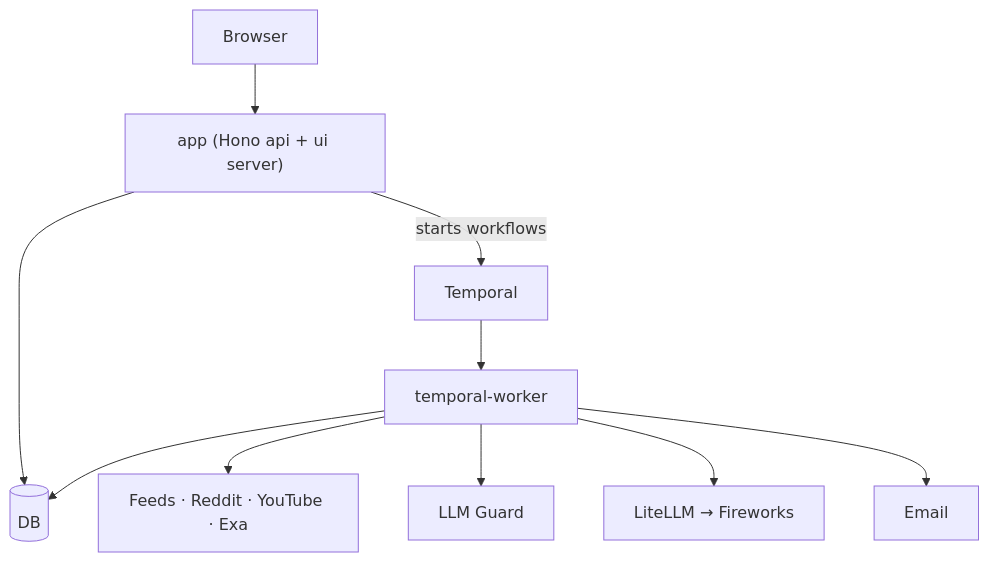
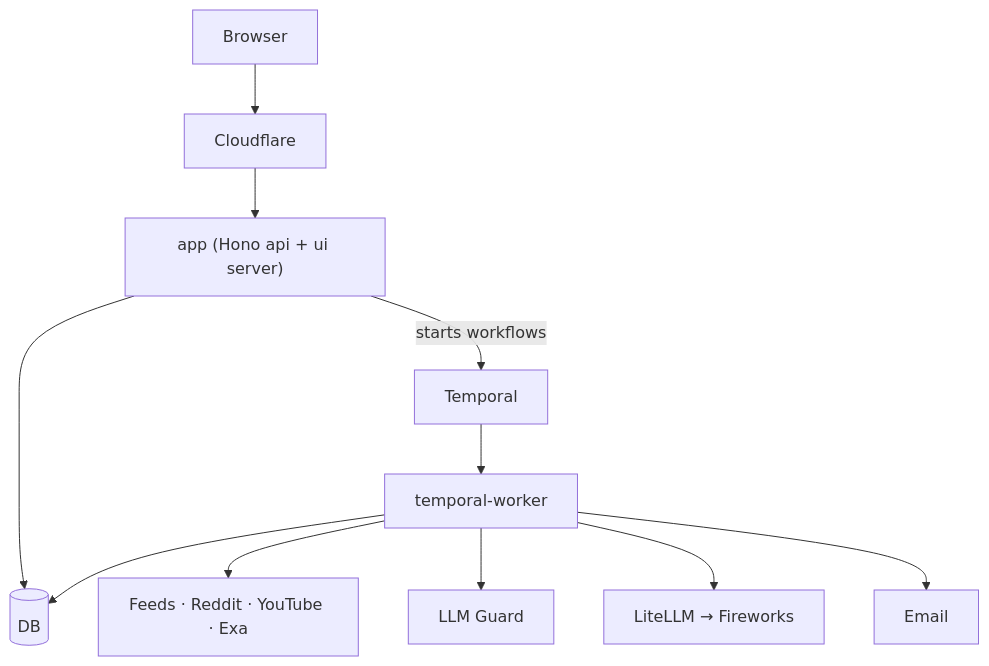
One commit to doubleoevan/carlnotes changed the first of 4 diagrams in README.md. Above: the diagram before and after it, drawn with Mermaid. The commit also changed other lines of this file and 141 other files, not shown here.

````diff
--- a/README.md
+++ b/README.md
@@ -33,12 +33,12 @@
 ```mermaid
 flowchart
-    Browser --> App["app (Hono api + ui server)"]
+    Browser --> Edge[Cloudflare] --> App["app (Hono api + ui server)"]
     App --> Postgres[(DB)]
     App -->|starts workflows| Temporal
     Temporal --> Worker[temporal-worker]
     Worker --> Sources[Feeds · Reddit · YouTube · Exa]
     Worker --> Guard[LLM Guard]
     Worker --> LiteLLM[LiteLLM → Fireworks]
     Worker --> Postgres
     Worker --> Resend[Email]
 ```
````
